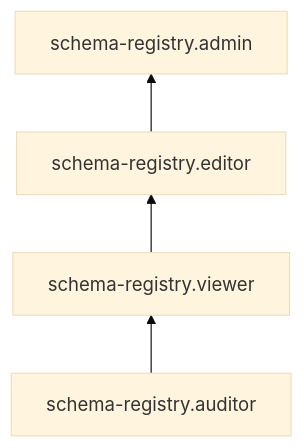
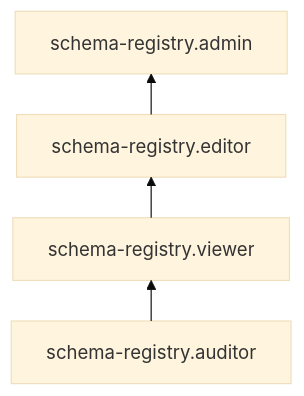
Before and after one commit to yandex-cloud/docs: the diagram in en/_mermaid/roles/schema-registry.md, drawn with Mermaid (base theme). The commit also changed 532 other files, not shown here.

````diff
--- a/en/_mermaid/roles/schema-registry.md
+++ b/en/_mermaid/roles/schema-registry.md
@@ -1,7 +1,11 @@
 ```mermaid
-%%{ init: "flowchart": { "defaultRenderer": "elk" } }%%
+---
+config:
+  flowchart:
+    defaultRenderer: elk
+---
 flowchart BT
     schema-registry.auditor --> schema-registry.viewer
     schema-registry.viewer --> schema-registry.editor
     schema-registry.editor --> schema-registry.admin
 ```
````
